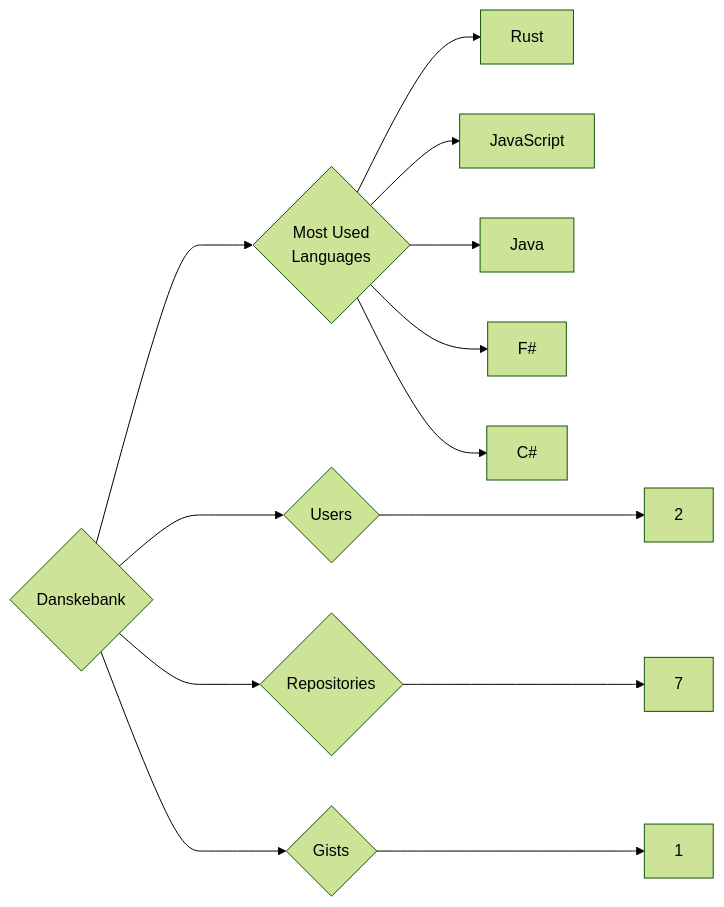
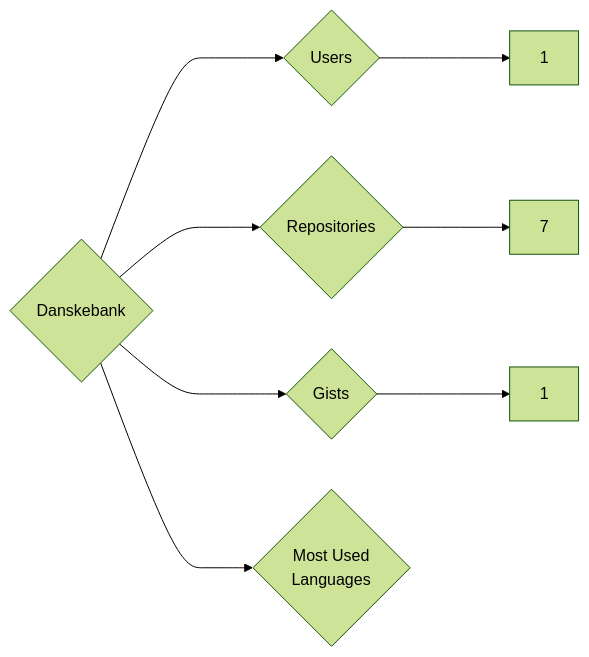
Before and after one commit to trickest/insiders: the diagram in targets/Danskebank/README.md, drawn with Mermaid (forest theme). The commit also changed 1175 other files, not shown here.

````diff
--- a/targets/Danskebank/README.md
+++ b/targets/Danskebank/README.md
@@ -3,13 +3,8 @@
 ```mermaid
 graph LR
 COMPANY_NAME{Danskebank}
-COMPANY_NAME ---> U{Users} ---> UN[2]
+COMPANY_NAME ---> U{Users} ---> UN[1]
 COMPANY_NAME ---> R{Repositories} ---> RN[7]
 COMPANY_NAME ---> G{Gists} ---> GN[1]
 COMPANY_NAME ---> ML{Most Used<br>Languages}
-ML --> Rust[Rust]
-ML --> JavaScript[JavaScript]
-ML --> Java[Java]
-ML --> F#[F#]
-ML --> C#[C#]
 ```
````
